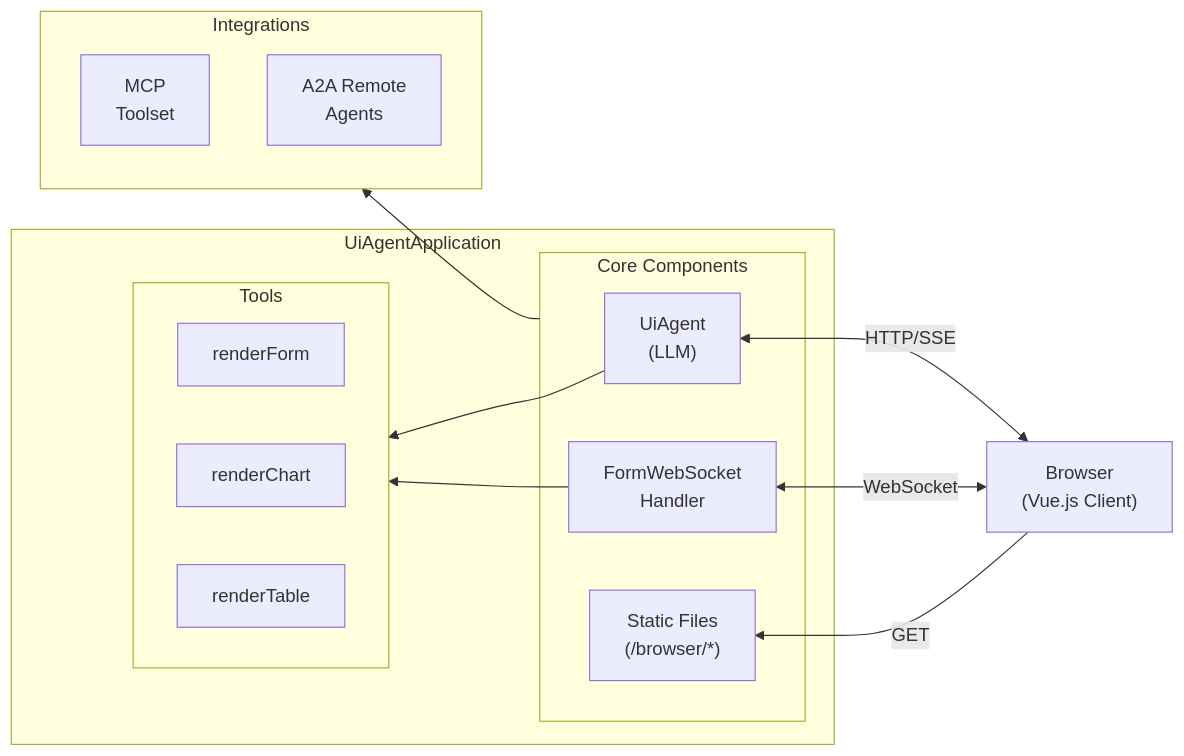
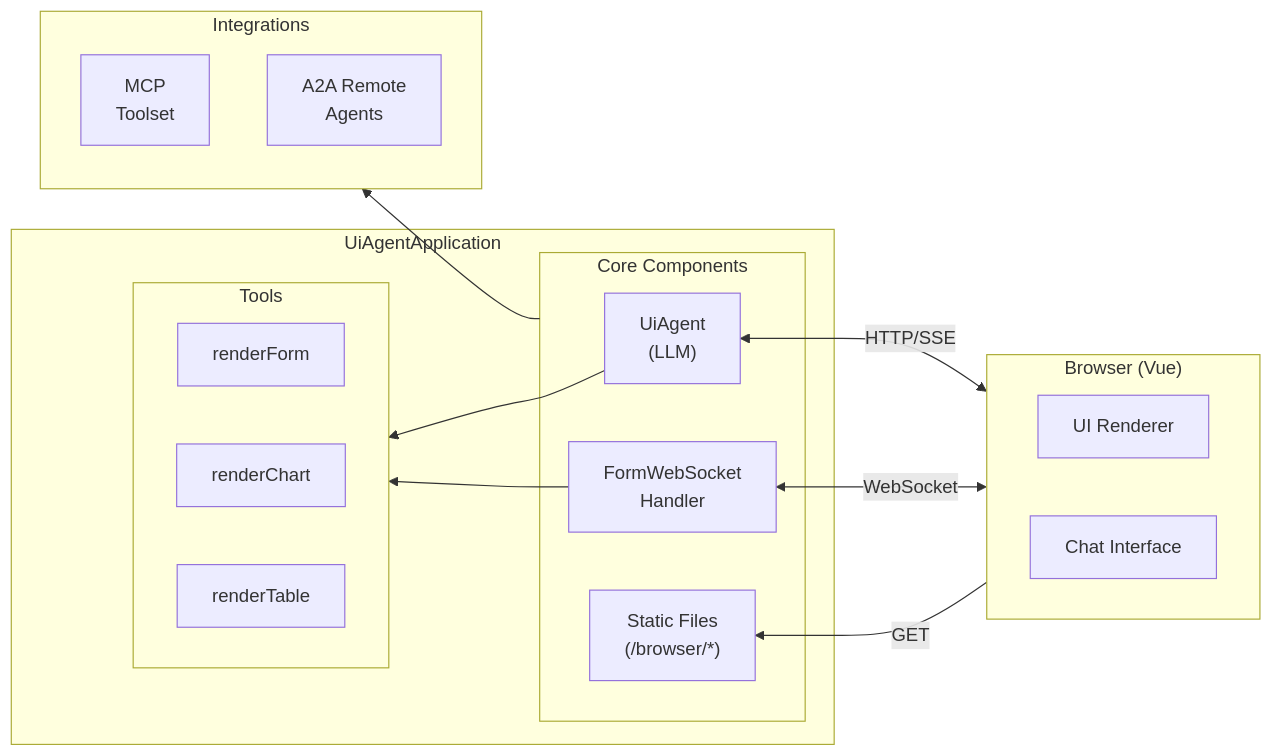
One commit to Galvanized-Pukeko/galvanized-pukeko-ai-ui changed the diagram in packages/galvanized-pukeko-agent-adk/README.md. Above: the diagram before and after it, drawn with Mermaid.

Commit message:
Improve mermaid diagram

````diff
--- a/packages/galvanized-pukeko-agent-adk/README.md
+++ b/packages/galvanized-pukeko-agent-adk/README.md
@@ -22,32 +22,37 @@
 ```mermaid
 flowchart RL
     subgraph UiAgentApplication["UiAgentApplication"]
         subgraph Components["Core Components"]
             UiAgent["UiAgent<br/>(LLM)"]
             WebSocket["FormWebSocket<br/>Handler"]
             Static["Static Files<br/>(/browser/*)"]
         end
 
         subgraph Tools
             direction LR
             renderForm
             renderChart
             renderTable
         end
 
         UiAgent --> Tools
         WebSocket --> Tools
     end
 
     subgraph Integrations
         MCP["MCP<br/>Toolset"]
         A2A["A2A Remote<br/>Agents"]
     end
 
     Components --> Integrations
 
-    Browser["Browser<br/>(Vue.js Client)"]
+    subgraph Browser["Browser (Vue)"]
+        direction LR
+        UIRenderer["UI Renderer"]
+        ChatInterface["Chat Interface"]
+    end
+    
     Browser <-->|WebSocket| WebSocket
     Browser <-->|HTTP/SSE| UiAgent
     Browser -->|GET| Static
 ```
````
